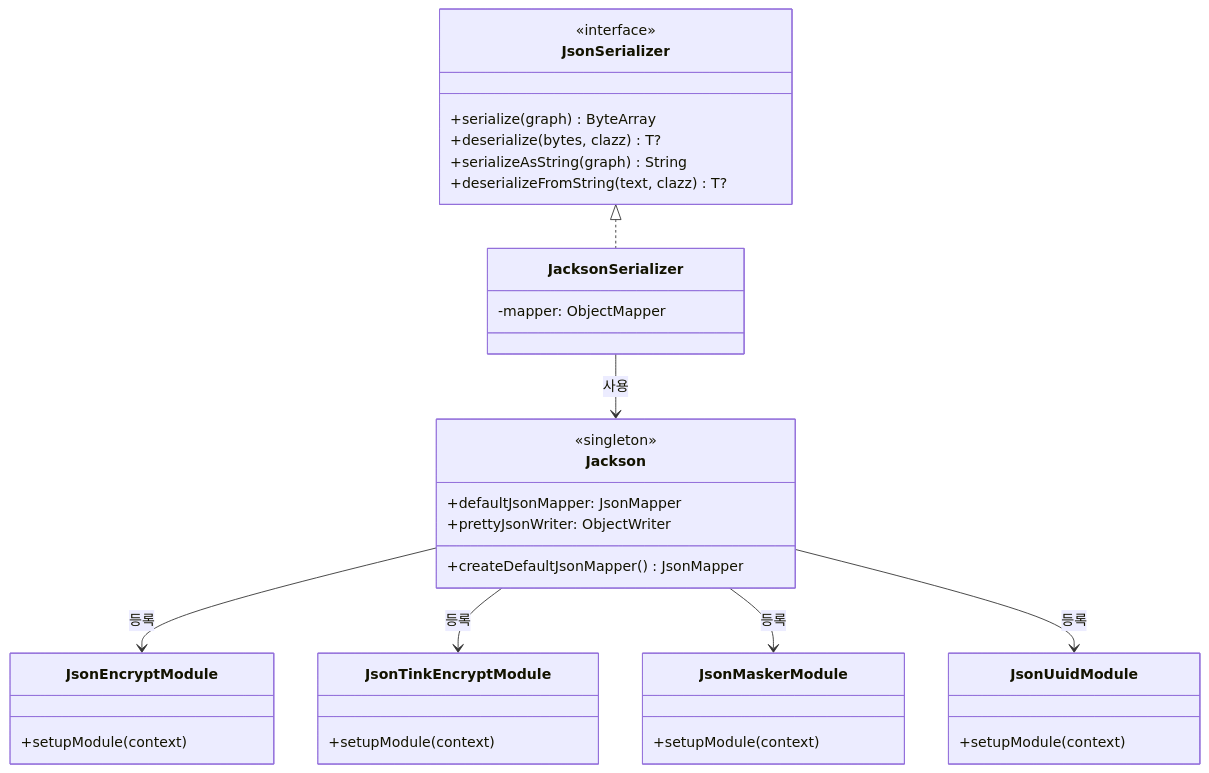
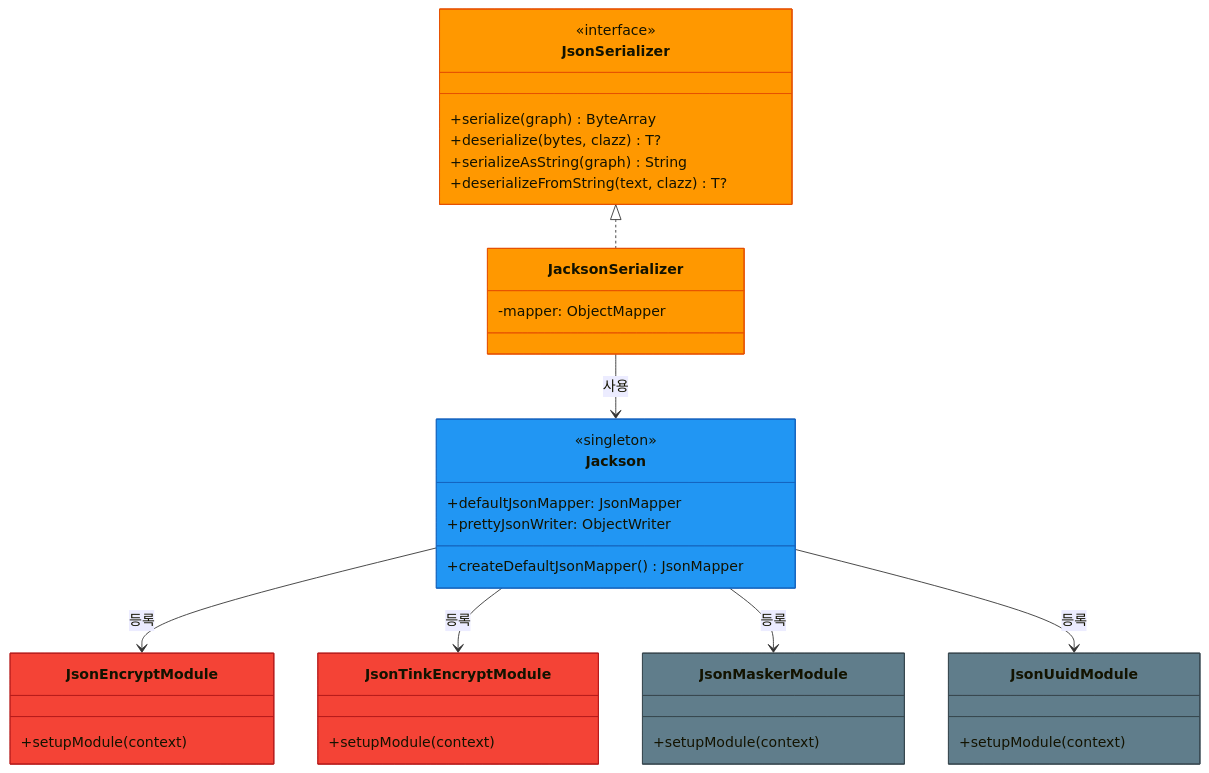
One commit to bluetape4k/bluetape4k-projects changed the second of 3 diagrams in io/jackson3/README.md. Above: the diagram before and after it, drawn with Mermaid. The commit also changed 74 other files, not shown here.

First line of the commit message:
docs: bluetape4k/core/coroutines/logging, io/feign~vertx README 색상 Mermaid UML 추가

````diff
--- a/io/jackson3/README.md
+++ b/io/jackson3/README.md
@@ -315,44 +315,50 @@
 ```mermaid
 classDiagram
-    class JsonSerializer {
+    class JsonSerializer:::serializerStyle {
         <<interface>>
         +serialize(graph) ByteArray
         +deserialize(bytes, clazz) T?
         +serializeAsString(graph) String
         +deserializeFromString(text, clazz) T?
     }
 
-    class JacksonSerializer {
+    class JacksonSerializer:::serializerStyle {
         -mapper: ObjectMapper
     }
 
-    class Jackson {
+    class Jackson:::codecStyle {
         <<singleton>>
         +defaultJsonMapper: JsonMapper
         +prettyJsonWriter: ObjectWriter
         +createDefaultJsonMapper() JsonMapper
     }
 
-    class JsonEncryptModule {
+    class JsonEncryptModule:::encryptStyle {
         +setupModule(context)
     }
 
-    class JsonTinkEncryptModule {
+    class JsonTinkEncryptModule:::encryptStyle {
         +setupModule(context)
     }
 
-    class JsonMaskerModule {
+    class JsonMaskerModule:::ioStyle {
         +setupModule(context)
     }
 
-    class JsonUuidModule {
+    class JsonUuidModule:::ioStyle {
         +setupModule(context)
     }
 
     JsonSerializer <|.. JacksonSerializer
     JacksonSerializer --> Jackson : 사용
     Jackson --> JsonEncryptModule : 등록
     Jackson --> JsonTinkEncryptModule : 등록
     Jackson --> JsonMaskerModule : 등록
     Jackson --> JsonUuidModule : 등록
+
+    classDef serializerStyle fill:#FF9800,stroke:#E65100
+    classDef encryptStyle fill:#F44336,stroke:#B71C1C
+    classDef ioStyle fill:#607D8B,stroke:#37474F
+    classDef codecStyle fill:#2196F3,stroke:#1565C0
+    classDef extensionStyle fill:#4CAF50,stroke:#388E3C
 ```
````
